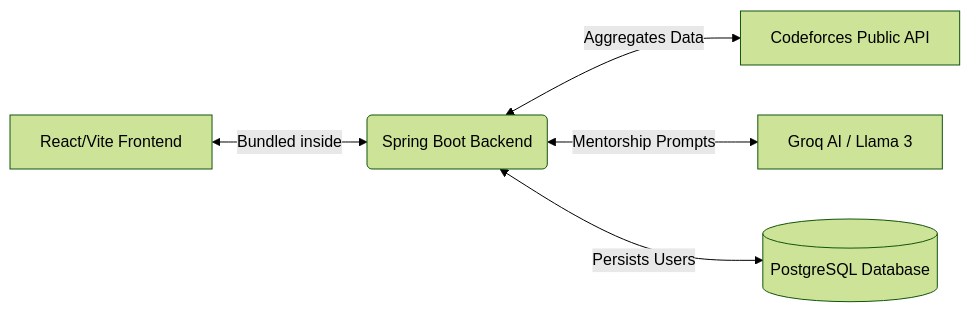
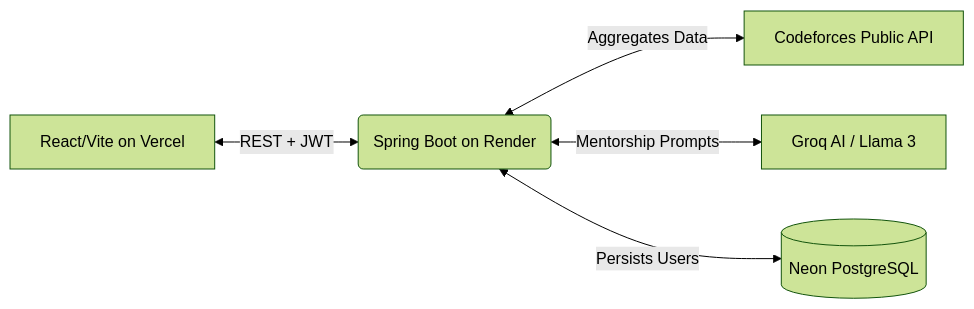
One commit to VSK-777/AIAlgoCoach changed the diagram in README.md. Above: the diagram before and after it, drawn with Mermaid (forest theme). The commit also changed other lines of this file and 8 other files, not shown here.

Commit message:
Migrate to PostgreSQL (Neon) and update deployment for Vercel + Render

````diff
--- a/README.md
+++ b/README.md
@@ -63,7 +67,7 @@
 ```mermaid
 graph LR
-    A[React/Vite Frontend] <-->|Bundled inside| B(Spring Boot Backend)
+    A[React/Vite on Vercel] <-->|REST + JWT| B(Spring Boot on Render)
     B <-->|Aggregates Data| C[Codeforces Public API]
     B <-->|Mentorship Prompts| D[Groq AI / Llama 3]
-    B <-->|Persists Users| E[(PostgreSQL Database)]
+    B <-->|Persists Users| E[(Neon PostgreSQL)]
 ```
````
